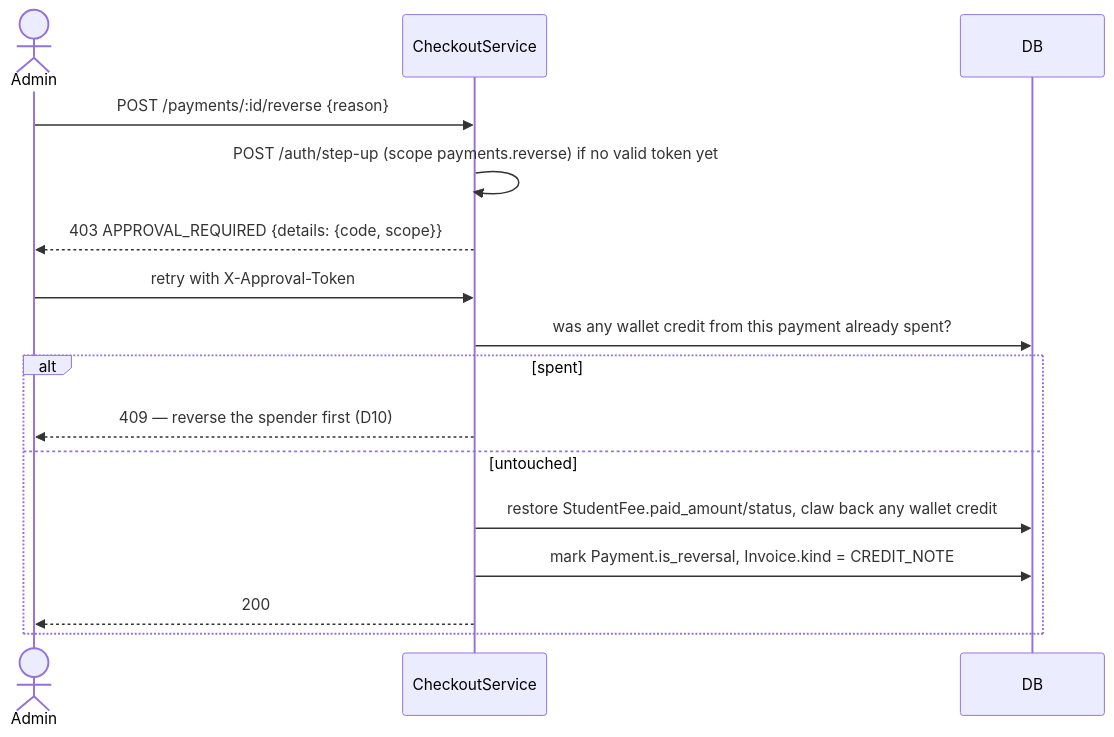
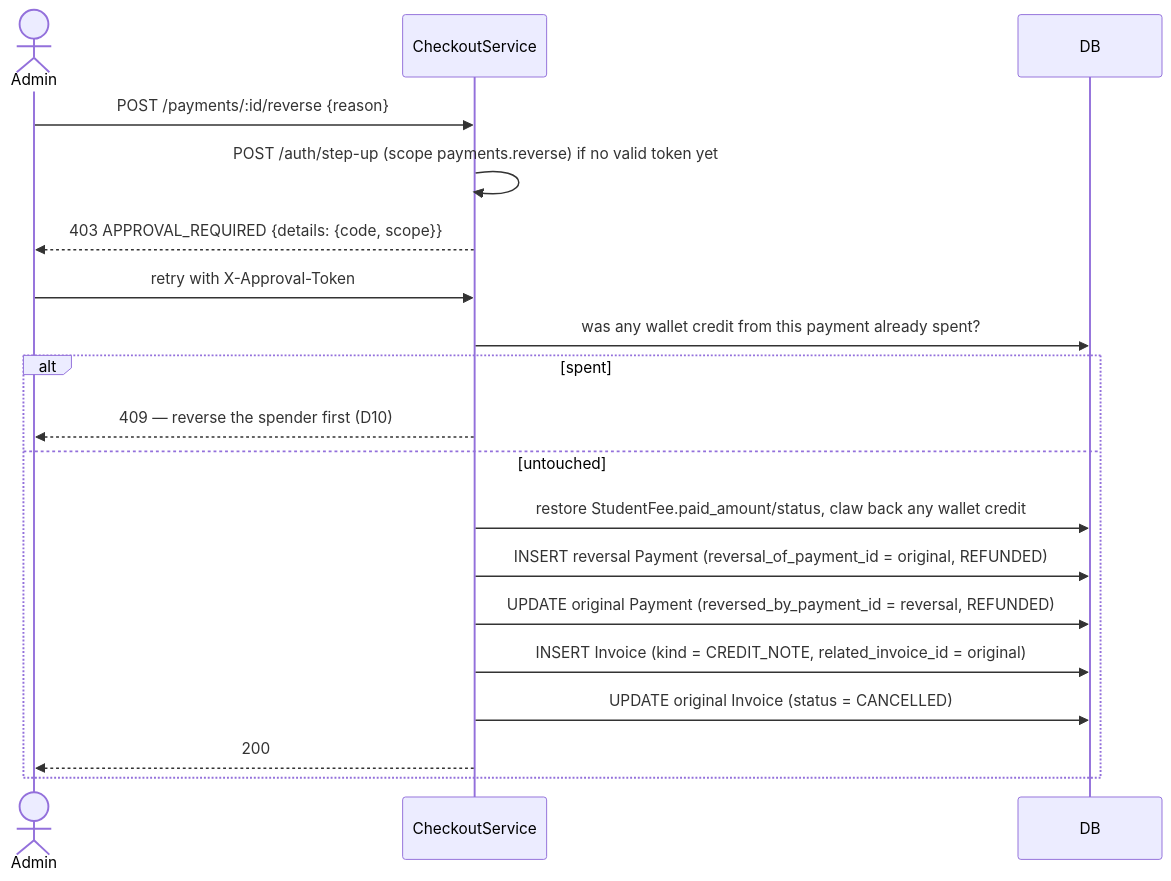
One commit to tareq89/biddaloy changed the fourth of 5 diagrams in docs/architecture/04-fees-payments-invoices.md. Above: the diagram before and after it, drawn with Mermaid. The commit also changed other lines of this file and 10 other files, not shown here.

````diff
--- a/docs/architecture/04-fees-payments-invoices.md
+++ b/docs/architecture/04-fees-payments-invoices.md
@@ -181,19 +196,22 @@
 ```mermaid
 sequenceDiagram
     actor Admin
     participant API as CheckoutService
     participant DB
 
     Admin->>API: POST /payments/:id/reverse {reason}
     API->>API: POST /auth/step-up (scope payments.reverse) if no valid token yet
     API-->>Admin: 403 APPROVAL_REQUIRED {details: {code, scope}}
     Admin->>API: retry with X-Approval-Token
     API->>DB: was any wallet credit from this payment already spent?
     alt spent
         API-->>Admin: 409 — reverse the spender first (D10)
     else untouched
         API->>DB: restore StudentFee.paid_amount/status, claw back any wallet credit
-        API->>DB: mark Payment.is_reversal, Invoice.kind = CREDIT_NOTE
+        API->>DB: INSERT reversal Payment (reversal_of_payment_id = original, REFUNDED)
+        API->>DB: UPDATE original Payment (reversed_by_payment_id = reversal, REFUNDED)
+        API->>DB: INSERT Invoice (kind = CREDIT_NOTE, related_invoice_id = original)
+        API->>DB: UPDATE original Invoice (status = CANCELLED)
         API-->>Admin: 200
     end
 ```
````
